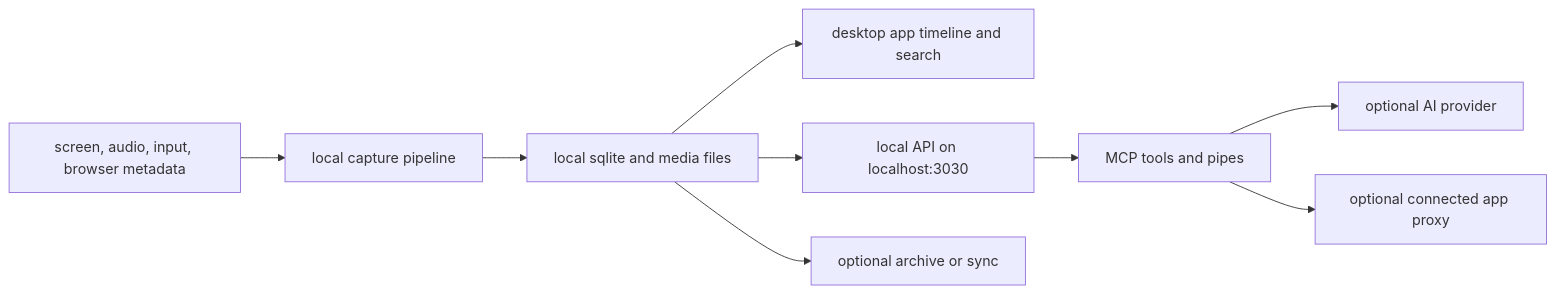
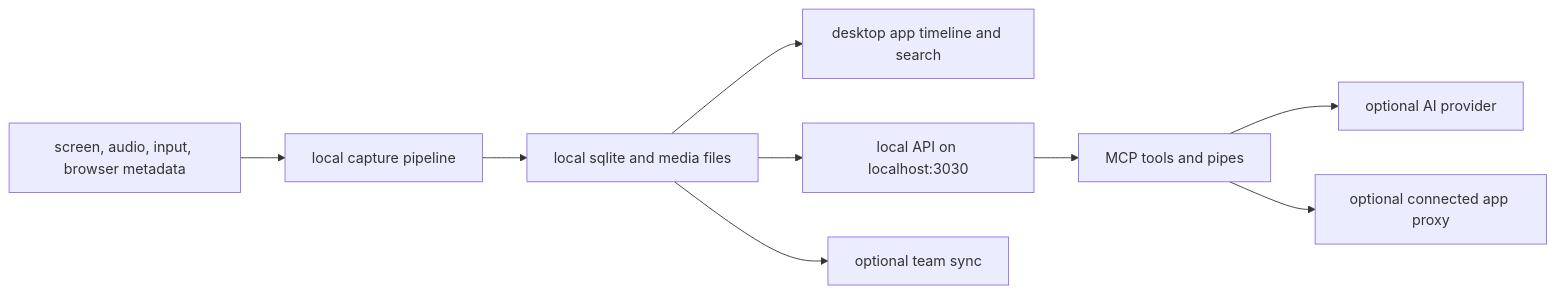
One commit to EzraEllette/screenpipe changed the diagram in docs/mintlify/docs-mintlify-mig-tmp/privacy-data-flow.mdx. Above: the diagram before and after it, drawn with Mermaid. The commit also changed other lines of this file and 15 other files, not shown here.

````diff
--- a/docs/mintlify/docs-mintlify-mig-tmp/privacy-data-flow.mdx
+++ b/docs/mintlify/docs-mintlify-mig-tmp/privacy-data-flow.mdx
@@ -16,11 +16,11 @@
 ```mermaid
 flowchart LR
   A["screen, audio, input, browser metadata"] --> B["local capture pipeline"]
   B --> C["local sqlite and media files"]
   C --> D["desktop app timeline and search"]
   C --> E["local API on localhost:3030"]
   E --> F["MCP tools and pipes"]
   F --> G["optional AI provider"]
   F --> H["optional connected app proxy"]
-  C --> I["optional archive or sync"]
+  C --> I["optional team sync"]
 ```
````
